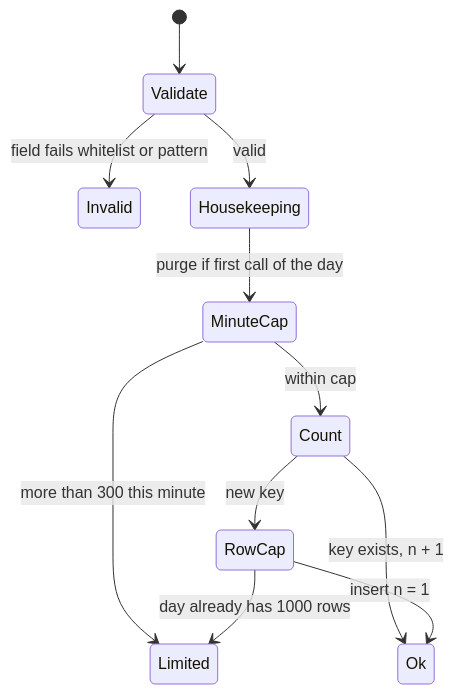
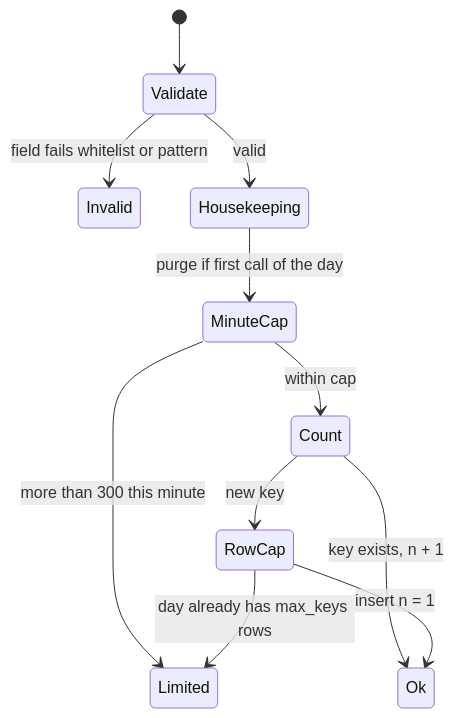
The fourth of 8 diagrams in documentation/product-transformation/02-prds/PRD-Q10/PRD.md (baguspermana7-cpu/bfrfranco.github.io), drawn with Mermaid before and after one commit. The commit also changed other lines of this file and 5 other files, not shown here.

````diff
--- a/documentation/product-transformation/02-prds/PRD-Q10/PRD.md
+++ b/documentation/product-transformation/02-prds/PRD-Q10/PRD.md
@@ -1687,13 +1792,13 @@
 ```mermaid
 stateDiagram-v2
   [*] --> Validate
   Validate --> Invalid: field fails whitelist or pattern
   Validate --> Housekeeping: valid
   Housekeeping --> MinuteCap: purge if first call of the day
   MinuteCap --> Limited: more than 300 this minute
   MinuteCap --> Count: within cap
   Count --> Ok: key exists, n + 1
   Count --> RowCap: new key
-  RowCap --> Limited: day already has 1000 rows
+  RowCap --> Limited: day already has max_keys rows
   RowCap --> Ok: insert n = 1
 ```
````
